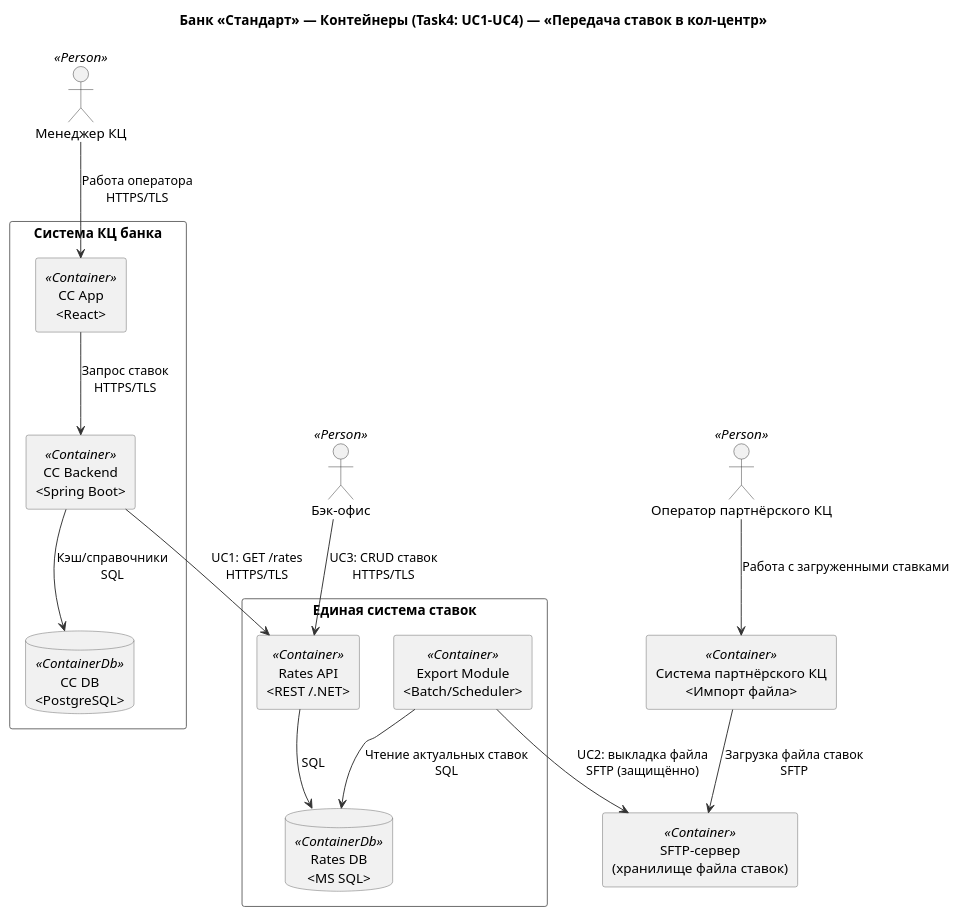
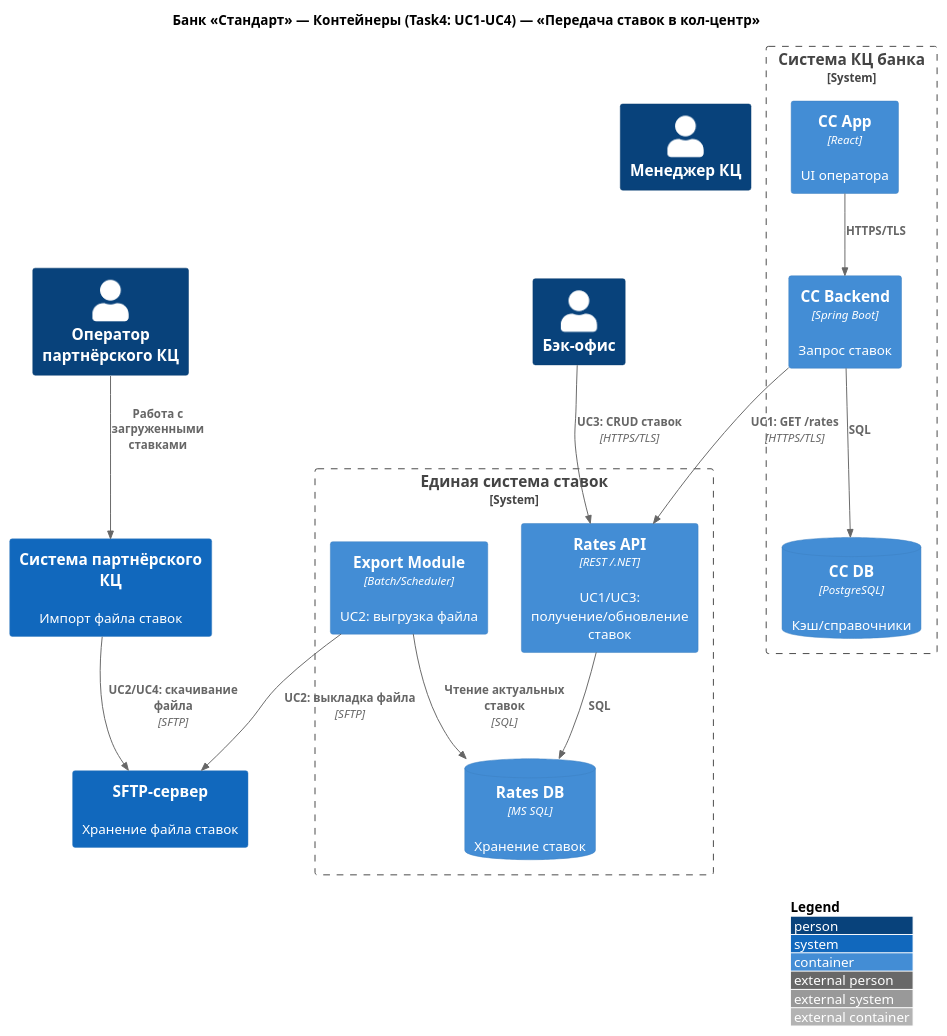
One commit to SergeiLisovoi22/architecture-standart changed the diagram in docs/bank/C4-Containers-Task4.md. Above: the diagram before and after it, drawn with PlantUML. The commit also changed 4 other files, not shown here.

Commit message:
диаграммы task4 с картинками

````diff
--- a/docs/bank/C4-Containers-Task4.md
+++ b/docs/bank/C4-Containers-Task4.md
@@ -1,61 +3,41 @@
+```plantuml
 @startuml
-' ==== Минимальные стили/элементы (встроены) ====
-skinparam defaultTextAlignment center
-skinparam packageStyle rectangle
-skinparam shadowing false
-skinparam ArrowColor #333333
-skinparam NodeBorderColor #666666
-skinparam RectangleBorderColor #666666
-skinparam ActorBorderColor #333333
-skinparam DatabaseBorderColor #666666
-skinparam ArrowThickness 1
+!includeurl https://raw.githubusercontent.com/plantuml-stdlib/C4-PlantUML/master/C4_Context.puml
+!includeurl https://raw.githubusercontent.com/plantuml-stdlib/C4-PlantUML/master/C4_Container.puml
 
-' Условные типы контейнеров
-' rectangle — Container, database — ContainerDb
+LAYOUT_WITH_LEGEND()
 
 title Банк «Стандарт» — Контейнеры (Task4: UC1–UC4) — «Передача ставок в кол-центр»
 
-' Персоны
-actor   CCAgent      as "Менеджер КЦ" <<Person>>
-actor   PartnerAgent as "Оператор партнёрского КЦ" <<Person>>
-actor   BackOffice   as "Бэк-офис" <<Person>>
+Person(CCAgent, "Менеджер КЦ")
+Person(PartnerAgent, "Оператор партнёрского КЦ")
+Person(BackOffice, "Бэк-офис")
 
-' Единая система ставок
-package "Единая система ставок" as RATES {
-rectangle Rates_API    as "Rates API\n<REST /.NET>"     <<Container>>
-database  Rates_DB     as "Rates DB\n<MS SQL>"          <<ContainerDb>>
-rectangle Rates_Export as "Export Module\n<Batch/Scheduler>" <<Container>>
+System_Boundary(RATES, "Единая система ставок") {
+  Container(Rates_API, "Rates API", "REST /.NET", "UC1/UC3: получение/обновление ставок")
+  ContainerDb(Rates_DB, "Rates DB", "MS SQL", "Хранение ставок")
+  Container(Rates_Export, "Export Module", "Batch/Scheduler", "UC2: выгрузка файла")
 }
 
-' Система кол-центра банка
-package "Система КЦ банка" as CC {
-rectangle CC_App  as "CC App\n<React>"         <<Container>>
-rectangle CC_API  as "CC Backend\n<Spring Boot>" <<Container>>
-database  CC_DB   as "CC DB\n<PostgreSQL>"     <<ContainerDb>>
+System_Boundary(CC, "Система КЦ банка") {
+  Container(CC_App, "CC App", "React", "UI оператора")
+  Container(CC_API, "CC Backend", "Spring Boot", "Запрос ставок")
+  ContainerDb(CC_DB, "CC DB", "PostgreSQL", "Кэш/справочники")
+  Rel(CC_App, CC_API, "HTTPS/TLS")
+  Rel(CC_API, CC_DB, "SQL")
+  Rel(CC_API, Rates_API, "UC1: GET /rates", "HTTPS/TLS")
 }
 
-' Партнёрский контур
-rectangle SFTP as "SFTP-сервер\n(хранилище файла ставок)" <<Container>>
-rectangle PartnerCC as "Система партнёрского КЦ\n<Импорт файла>" <<Container>>
+System(SFTP, "SFTP-сервер", "Хранение файла ставок")
+System(PartnerCC, "Система партнёрского КЦ", "Импорт файла ставок")
 
-' --- Связи по UC ---
+Rel(BackOffice, Rates_API, "UC3: CRUD ставок", "HTTPS/TLS")
+Rel(Rates_API, Rates_DB, "SQL")
 
-' UC3: бэк-офис обновляет ставки
-BackOffice --> Rates_API : UC3: CRUD ставок\nHTTPS/TLS
-Rates_API  --> Rates_DB  : SQL
-
-' UC1: КЦ банка читает ставки онлайн
-CCAgent  --> CC_App     : Работа оператора\nHTTPS/TLS
-CC_App   --> CC_API     : Запрос ставок\nHTTPS/TLS
-CC_API   --> Rates_API  : UC1: GET /rates\nHTTPS/TLS
-CC_API   --> CC_DB      : Кэш/справочники\nSQL
-
-' UC2: выгрузка файла партнёру (ежедневно, автоматически)
-Rates_Export --> Rates_DB : Чтение актуальных ставок\nSQL
-Rates_Export --> SFTP     : UC2: выкладка файла\nSFTP (защищённо)
-
-' UC4: подключение партнёрского КЦ
-PartnerCC --> SFTP       : Загрузка файла ставок\nSFTP
-PartnerAgent --> PartnerCC : Работа с загруженными ставками
+Rel(Rates_Export, Rates_DB, "Чтение актуальных ставок", "SQL")
+Rel(Rates_Export, SFTP, "UC2: выкладка файла", "SFTP")
+Rel(PartnerCC, SFTP, "UC2/UC4: скачивание файла", "SFTP")
+Rel(PartnerAgent, PartnerCC, "Работа с загруженными ставками", "")
 
 @enduml
+```
````
